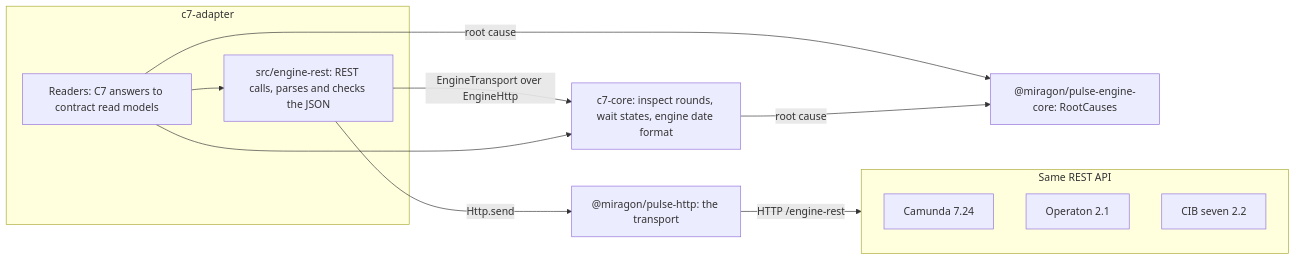
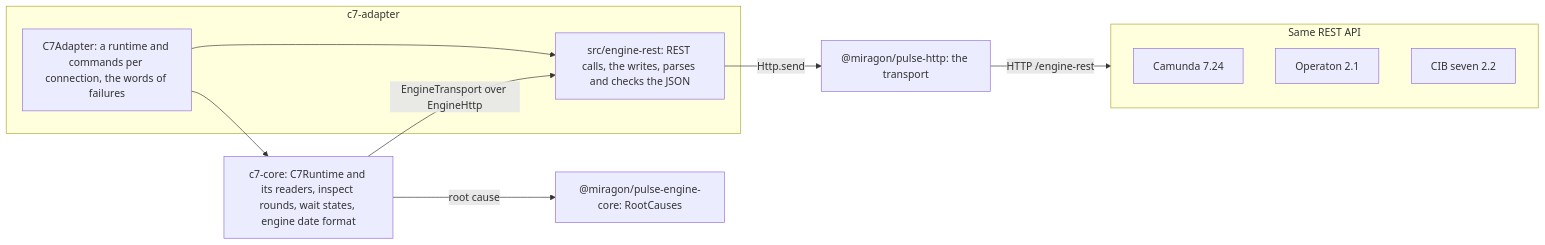
One commit to Miragon/pulse changed the diagram in apps/vscode/docs/adr/c7-adapter.md. Above: the diagram before and after it, drawn with Mermaid. The commit also changed other lines of this file and 39 other files, not shown here.

````diff
--- a/apps/vscode/docs/adr/c7-adapter.md
+++ b/apps/vscode/docs/adr/c7-adapter.md
@@ -13,21 +13,20 @@
 ```mermaid
 flowchart LR
   subgraph adapter [c7-adapter]
-    readers[Readers: C7 answers to contract read models]
-    rest[src/engine-rest: REST calls, parses and checks the JSON]
+    entry[C7Adapter: a runtime and commands per connection, the words of failures]
+    rest[src/engine-rest: REST calls, the writes, parses and checks the JSON]
   end
-  core[c7-core: inspect rounds, wait states, engine date format]
+  core[c7-core: C7Runtime and its readers, inspect rounds, wait states, engine date format]
   rules["@miragon/pulse-engine-core: RootCauses"]
-  rest -- "EngineTransport over EngineHttp" --> core
+  entry --> core
+  entry --> rest
+  core -- "EngineTransport over EngineHttp" --> rest
   rest -- "Http.send" --> wire["@miragon/pulse-http: the transport"]
-  readers --> core
-  readers -- root cause --> rules
   core -- root cause --> rules
   subgraph family [Same REST API]
     camunda7[Camunda 7.24]
     operaton[Operaton 2.1]
     cibseven[CIB seven 2.2]
   end
-  readers --> rest
   wire -- HTTP /engine-rest --> family
 ```
````
